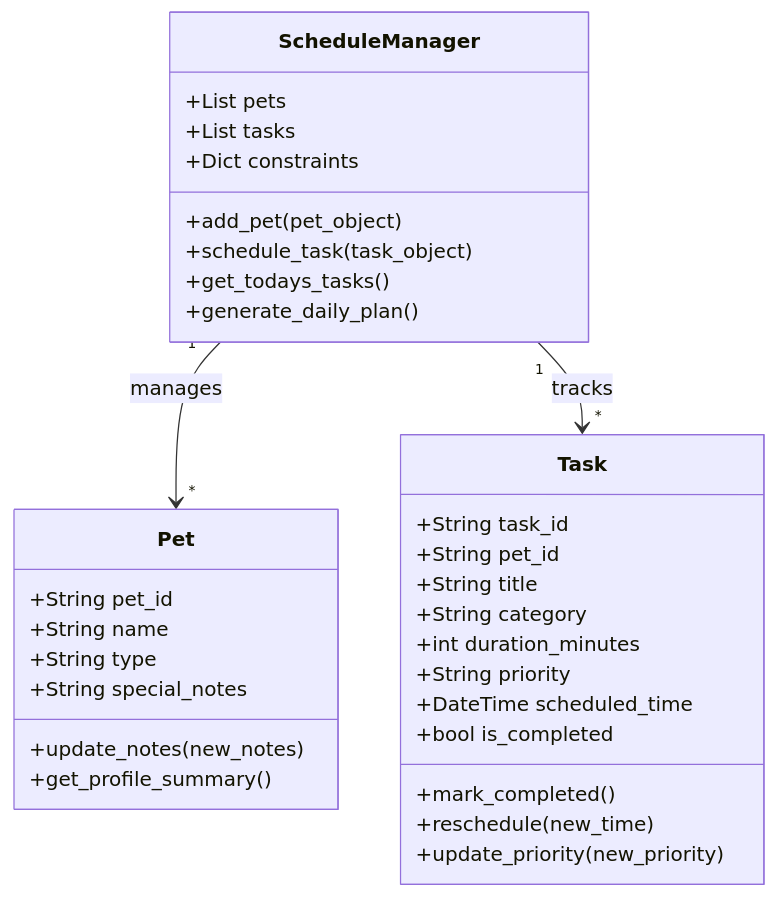
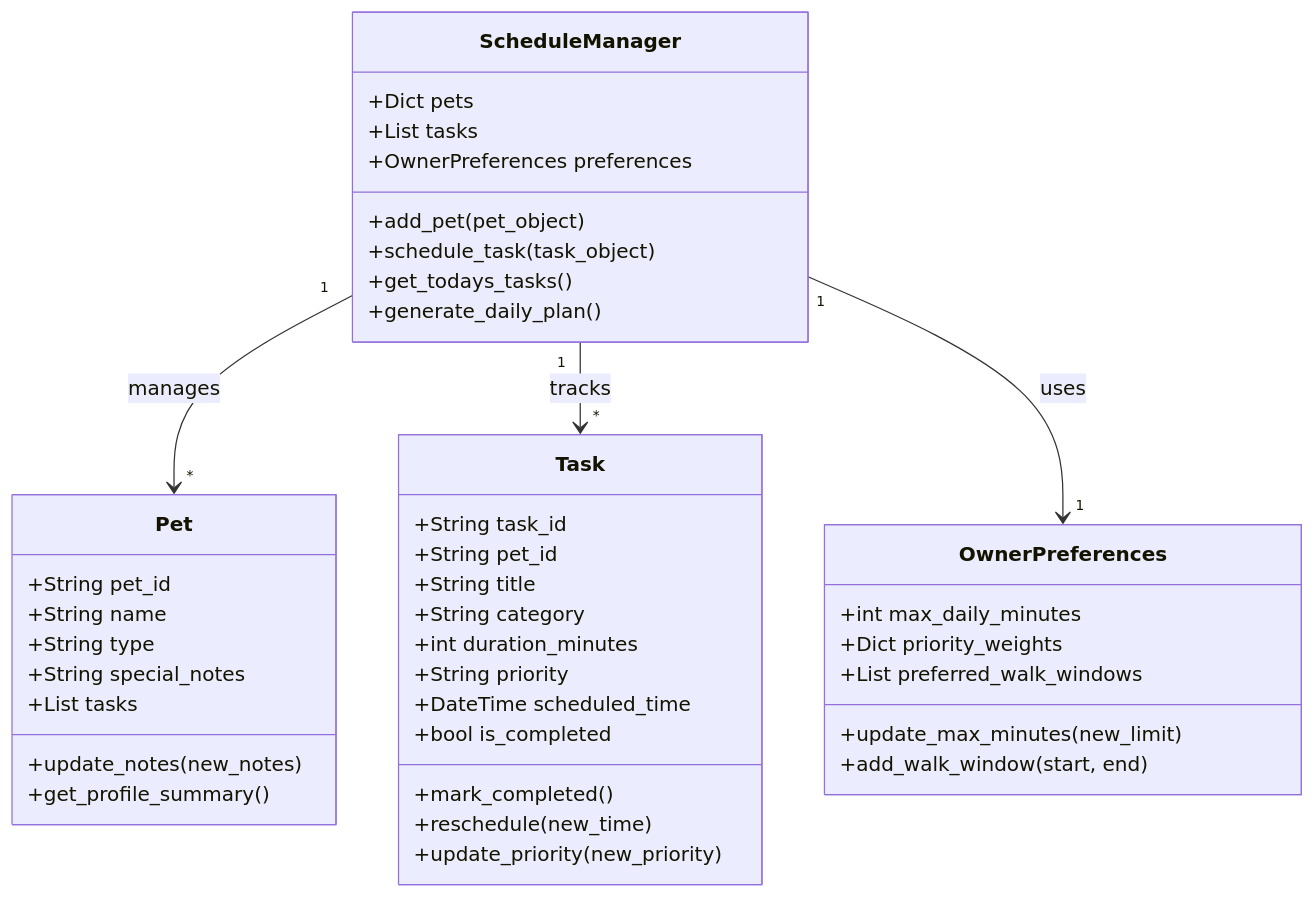
Before and after one commit to kdblackshear/ai110-module2show-pawpal-starter: the diagram in diagrams/uml.mmd, drawn with Mermaid. The commit also changed 2 other files, not shown here.

Commit message:
Added class OwnerPreferences.

```diff
--- a/diagrams/uml.mmd
+++ b/diagrams/uml.mmd
@@ -1,39 +1,46 @@
 classDiagram
-    %% Replace the placeholders below with your actual classes, attributes, methods, and relationships.
-    %% Keep this file updated so it matches your final implementation.
+    class OwnerPreferences {
+        +int max_daily_minutes
+        +Dict priority_weights
+        +List preferred_walk_windows
+        +update_max_minutes(new_limit)
+        +add_walk_window(start, end)
+    }
 
     class Pet {
         +String pet_id
         +String name
         +String type
         +String special_notes
+        +List tasks
         +update_notes(new_notes)
         +get_profile_summary()
     }
 
     class Task {
         +String task_id
         +String pet_id
         +String title
         +String category
         +int duration_minutes
         +String priority
         +DateTime scheduled_time
         +bool is_completed
         +mark_completed()
         +reschedule(new_time)
         +update_priority(new_priority)
     }
 
     class ScheduleManager {
-        +List pets
+        +Dict pets
         +List tasks
-        +Dict constraints
+        +OwnerPreferences preferences
         +add_pet(pet_object)
         +schedule_task(task_object)
         +get_todays_tasks()
         +generate_daily_plan()
     }
 
     ScheduleManager "1" --> "*" Pet : manages
     ScheduleManager "1" --> "*" Task : tracks
+    ScheduleManager "1" --> "1" OwnerPreferences : uses
```
